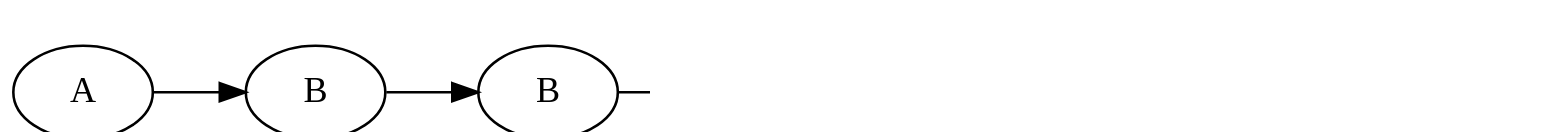
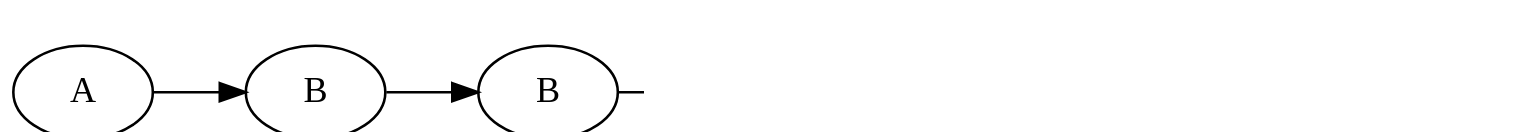
Before and after one commit to inponomarev/kstreams-testing-pitfalls: the eighth of 13 diagrams in slides/src/main/asciidoc/lecture.adoc, drawn with Graphviz. The commit also changed other lines of this file, not shown here.

```diff
--- a/slides/src/main/asciidoc/lecture.adoc
+++ b/slides/src/main/asciidoc/lecture.adoc
@@ -320,24 +372,24 @@
 [graphviz,"cache1.png"]
 ----
 digraph G {
 graph [ dpi = 180 ];
 rankdir="LR";
 A1[label="A"];
 B1[label="B"];
 A2[label="A"];
 B2[label="B"];
 
-A1 -> B1 -> B2 ->A2 ;
+A1 -> B1 -> B2 -> A2 ;
 
 A2->Kafka;
 
-Kafka[shape=box,label="reduce \n (a, b) → <STOP>"]
+Kafka[shape=box,label="reduce \n (l, r) → <STOP>"]
 
 Kafka -> Cache
 
 Cache[shape=box,label=<<table cellspacing="5" cellborder="0"  border="0">
         <tr><td colspan="2">Cache</td></tr>
         <tr><td> </td>
         <td> </td></tr></table>>]
 }
 ----
```
